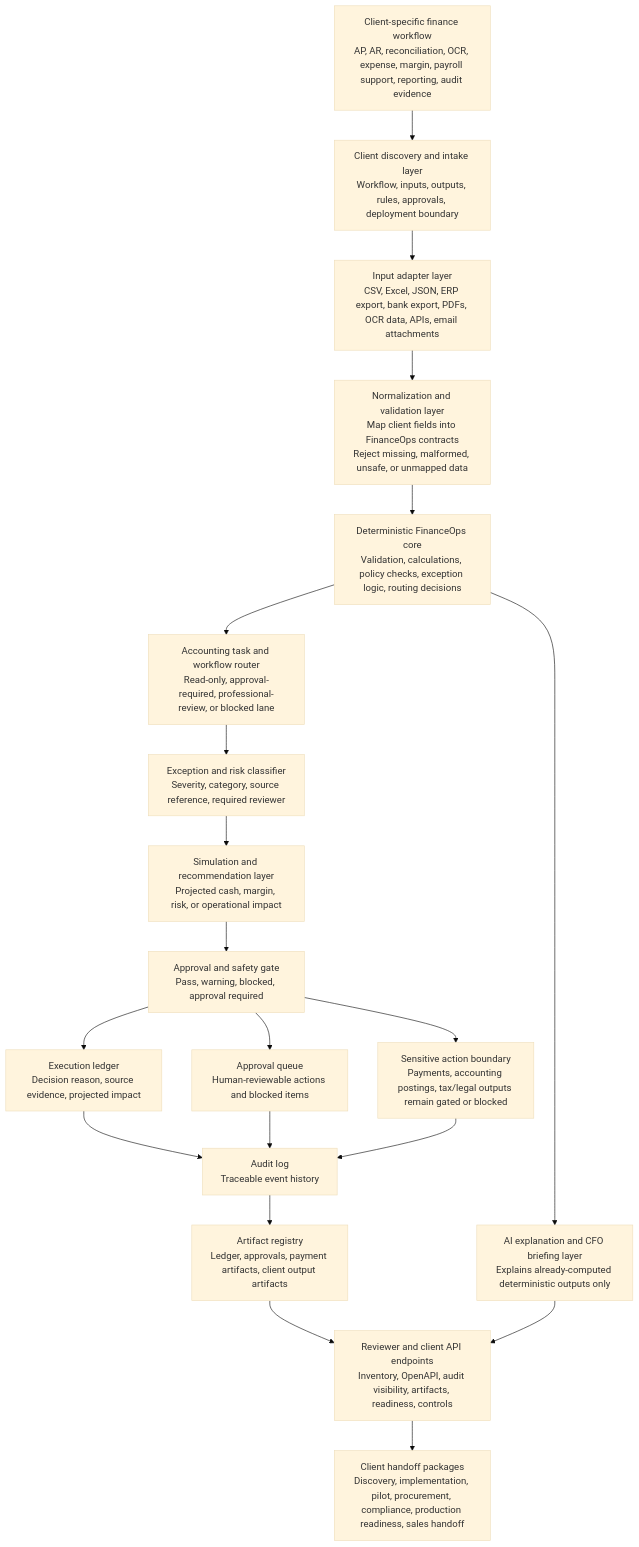
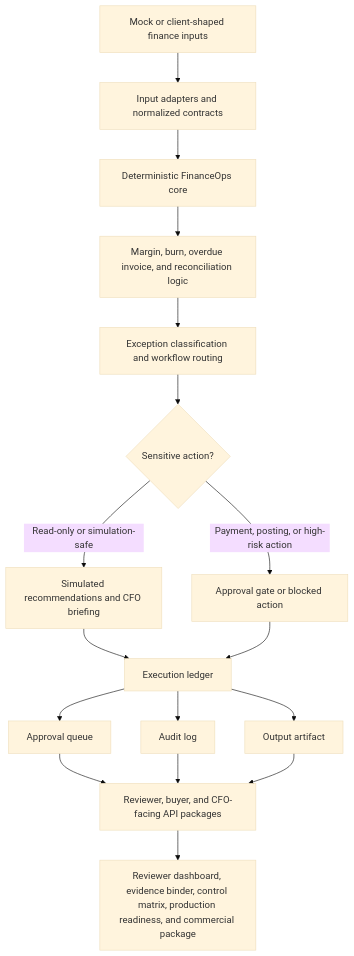
The diagram in docs/ARCHITECTURE_DIAGRAM.md (yevhenzakharov-cmd/financeops-agent), drawn with Mermaid (base theme) before and after one commit. The commit also changed other lines of this file and 1 other file, not shown here.

Commit message:
Add reviewer architecture diagram

````diff
--- a/docs/ARCHITECTURE_DIAGRAM.md
+++ b/docs/ARCHITECTURE_DIAGRAM.md
@@ -13,35 +7,25 @@
 ```mermaid
 flowchart TD
-    A["Client-specific finance workflow<br/>AP, AR, reconciliation, OCR, expense, margin, payroll support, reporting, audit evidence"] --> B["Client discovery and intake layer<br/>Workflow, inputs, outputs, rules, approvals, deployment boundary"]
+  A[Mock or client-shaped finance inputs] --> B[Input adapters and normalized contracts]
+  B --> C[Deterministic FinanceOps core]
 
-    B --> C["Input adapter layer<br/>CSV, Excel, JSON, ERP export, bank export, PDFs, OCR data, APIs, email attachments"]
+  C --> D[Margin, burn, overdue invoice, and reconciliation logic]
+  D --> E[Exception classification and workflow routing]
 
-    C --> D["Normalization and validation layer<br/>Map client fields into FinanceOps contracts<br/>Reject missing, malformed, unsafe, or unmapped data"]
+  E --> F{Sensitive action?}
+  F -->|Read-only or simulation-safe| G[Simulated recommendations and CFO briefing]
+  F -->|Payment, posting, or high-risk action| H[Approval gate or blocked action]
 
-    D --> E["Deterministic FinanceOps core<br/>Validation, calculations, policy checks, exception logic, routing decisions"]
+  G --> I[Execution ledger]
+  H --> I
 
-    E --> F["Accounting task and workflow router<br/>Read-only, approval-required, professional-review, or blocked lane"]
+  I --> J[Approval queue]
+  I --> K[Audit log]
+  I --> L[Output artifact]
 
-    F --> G["Exception and risk classifier<br/>Severity, category, source reference, required reviewer"]
+  J --> M[Reviewer, buyer, and CFO-facing API packages]
+  K --> M
+  L --> M
 
-    G --> H["Simulation and recommendation layer<br/>Projected cash, margin, risk, or operational impact"]
-
-    H --> I["Approval and safety gate<br/>Pass, warning, blocked, approval required"]
-
-    I --> J["Execution ledger<br/>Decision reason, source evidence, projected impact"]
-    I --> K["Approval queue<br/>Human-reviewable actions and blocked items"]
-    I --> L["Sensitive action boundary<br/>Payments, accounting postings, tax/legal outputs remain gated or blocked"]
-
-    J --> M["Audit log<br/>Traceable event history"]
-    K --> M
-    L --> M
-
-    M --> N["Artifact registry<br/>Ledger, approvals, payment artifacts, client output artifacts"]
-
-    E --> O["AI explanation and CFO briefing layer<br/>Explains already-computed deterministic outputs only"]
-
-    N --> P["Reviewer and client API endpoints<br/>Inventory, OpenAPI, audit visibility, artifacts, readiness, controls"]
-    O --> P
-
-    P --> Q["Client handoff packages<br/>Discovery, implementation, pilot, procurement, compliance, production readiness, sales handoff"]
+  M --> N[Reviewer dashboard, evidence binder, control matrix, production readiness, and commercial package]
 ```
````
